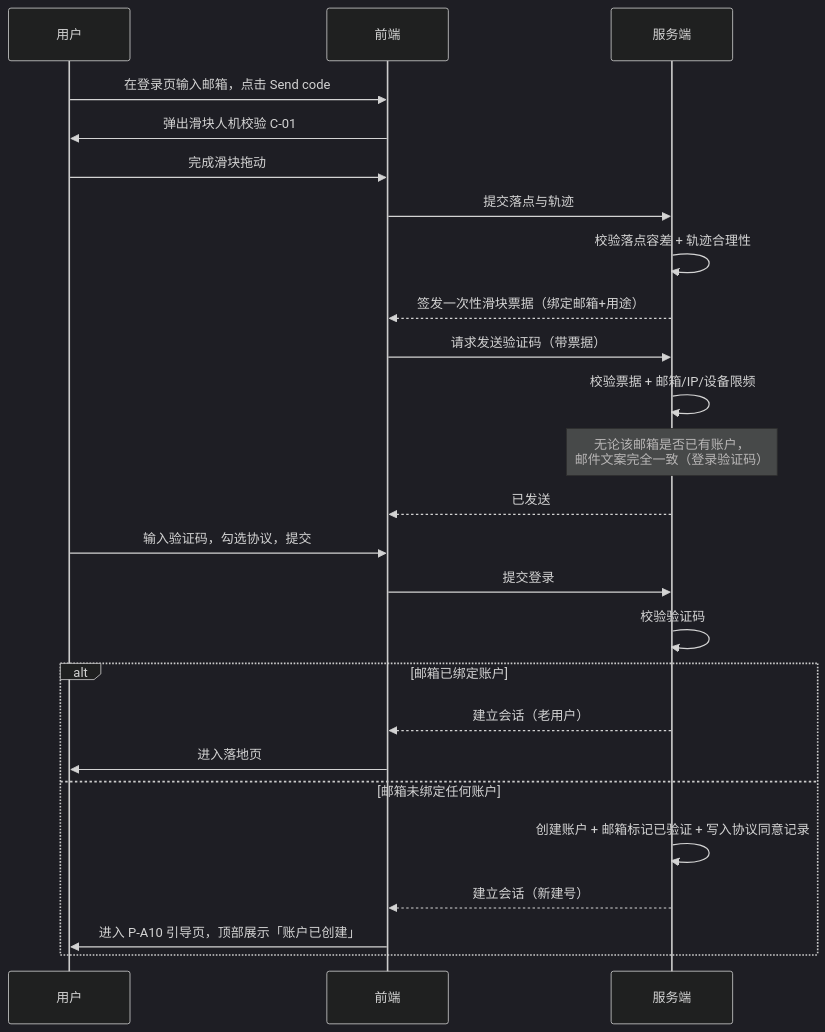
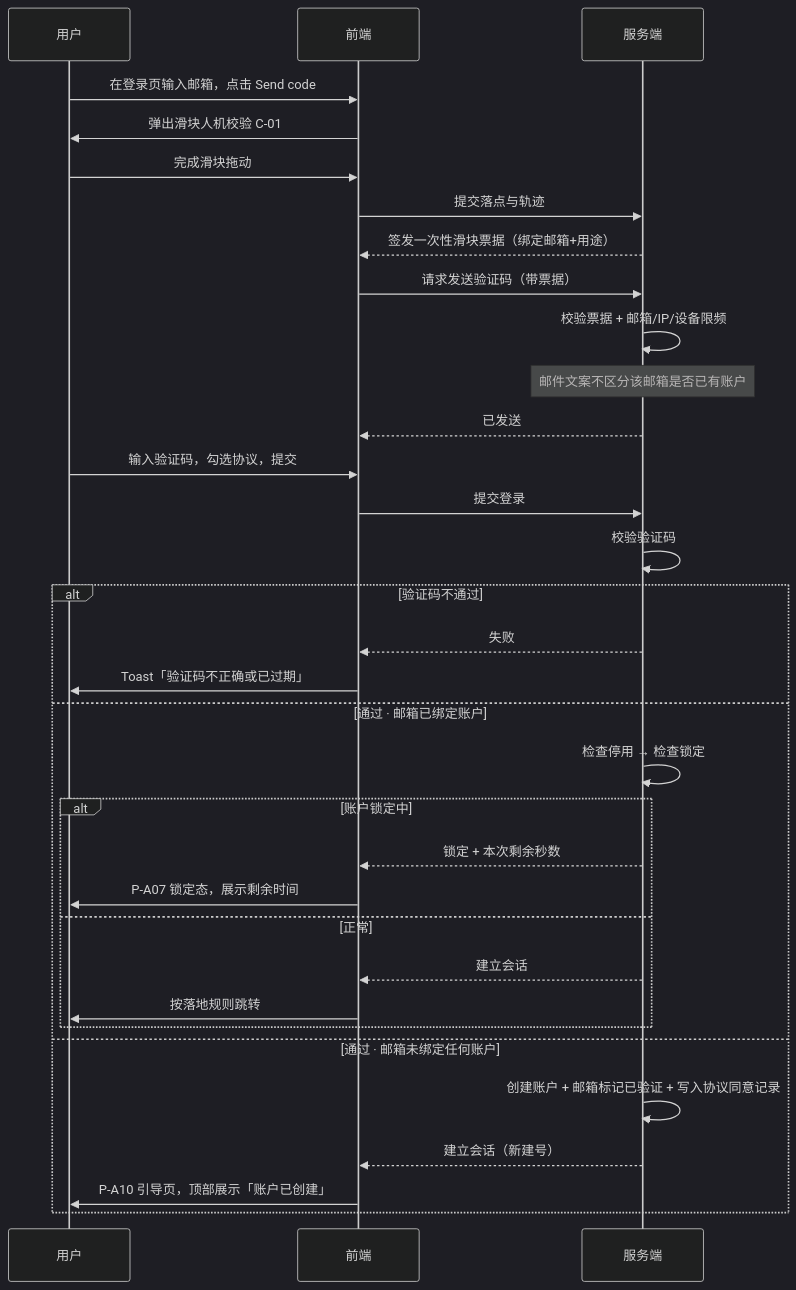
The third of 11 diagrams in prd/v1.0-账户与登录-PRD.md (wxblockchain/Chain-Financing), drawn with Mermaid (dark theme) before and after one commit. The commit also changed other lines of this file, not shown here.

````diff
--- a/prd/v1.0-账户与登录-PRD.md
+++ b/prd/v1.0-账户与登录-PRD.md
@@ -1053,27 +1062,35 @@
 ```mermaid
 sequenceDiagram
     participant U as 用户
     participant F as 前端
     participant S as 服务端
     U->>F: 在登录页输入邮箱，点击 Send code
     F->>U: 弹出滑块人机校验 C-01
     U->>F: 完成滑块拖动
     F->>S: 提交落点与轨迹
-    S->>S: 校验落点容差 + 轨迹合理性
     S-->>F: 签发一次性滑块票据（绑定邮箱+用途）
     F->>S: 请求发送验证码（带票据）
     S->>S: 校验票据 + 邮箱/IP/设备限频
-    Note over S: 无论该邮箱是否已有账户，<br/>邮件文案完全一致（登录验证码）
+    Note over S: 邮件文案不区分该邮箱是否已有账户
     S-->>F: 已发送
     U->>F: 输入验证码，勾选协议，提交
     F->>S: 提交登录
     S->>S: 校验验证码
-    alt 邮箱已绑定账户
-        S-->>F: 建立会话（老用户）
-        F->>U: 进入落地页
-    else 邮箱未绑定任何账户
+    alt 验证码不通过
+        S-->>F: 失败
+        F->>U: Toast「验证码不正确或已过期」
+    else 通过 · 邮箱已绑定账户
+        S->>S: 检查停用 → 检查锁定
+        alt 账户锁定中
+            S-->>F: 锁定 + 本次剩余秒数
+            F->>U: P-A07 锁定态，展示剩余时间
+        else 正常
+            S-->>F: 建立会话
+            F->>U: 按落地规则跳转
+        end
+    else 通过 · 邮箱未绑定任何账户
         S->>S: 创建账户 + 邮箱标记已验证 + 写入协议同意记录
         S-->>F: 建立会话（新建号）
-        F->>U: 进入 P-A10 引导页，顶部展示「账户已创建」
+        F->>U: P-A10 引导页，顶部展示「账户已创建」
     end
 ```
````
